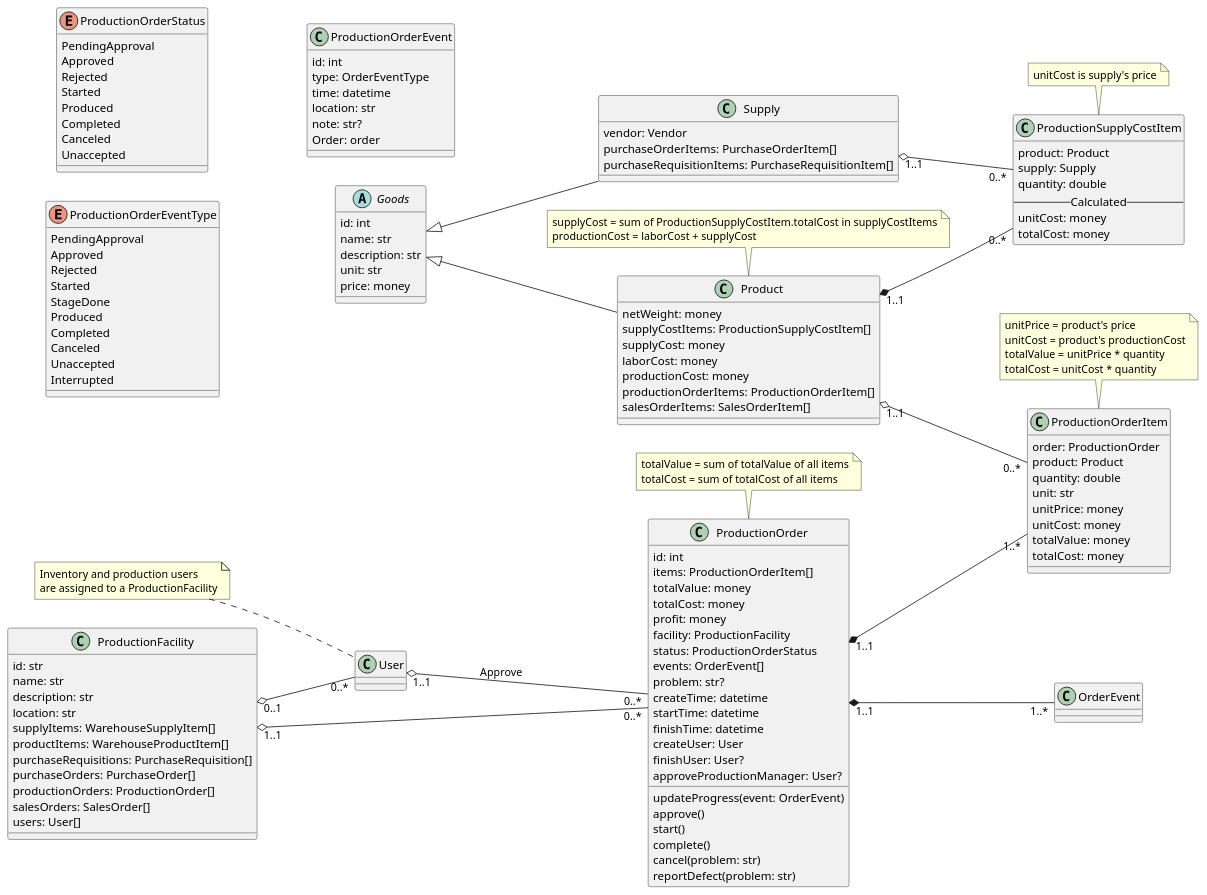
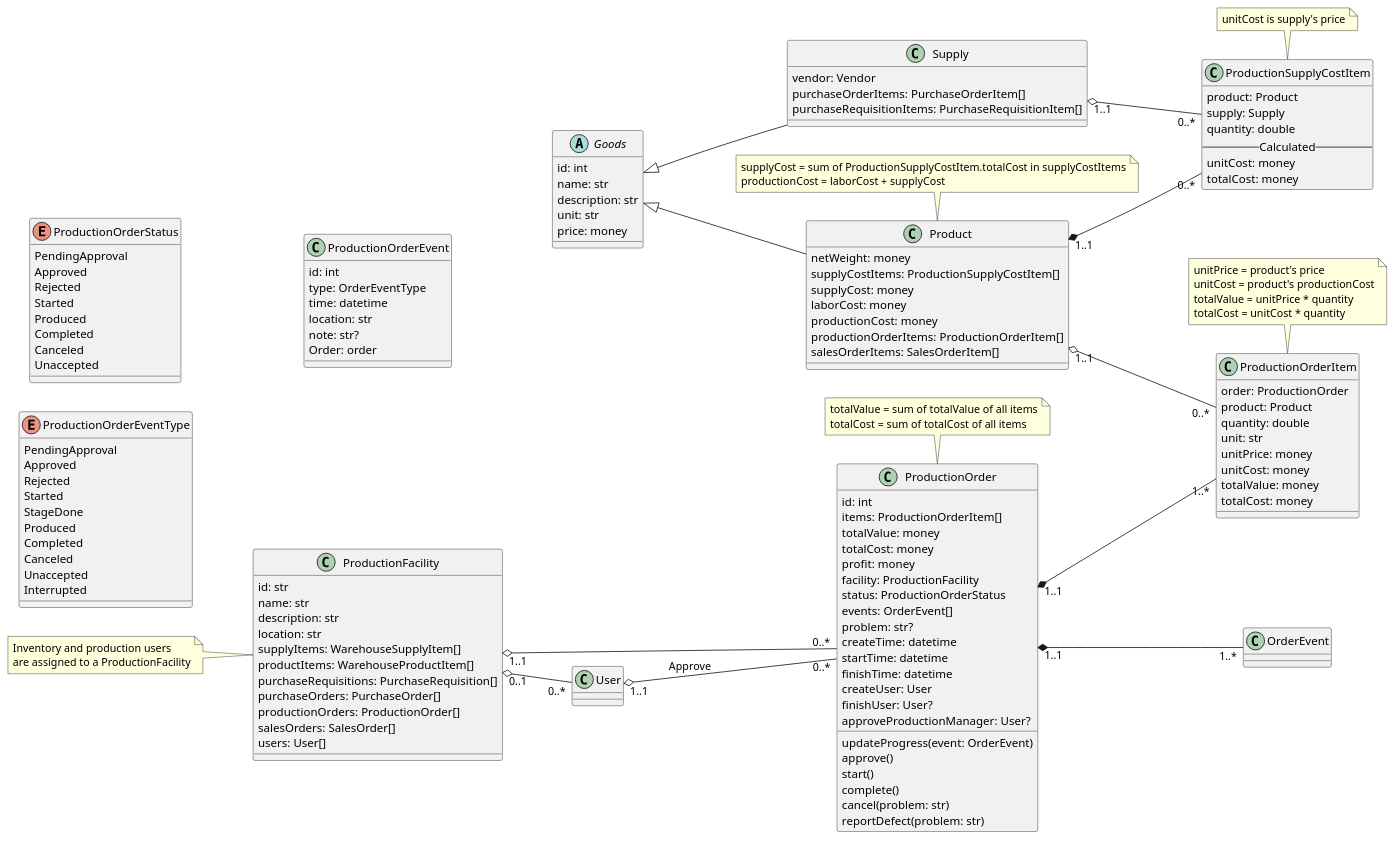
The diagram in Lab1/Lab1.2/classes/production.plantuml (phihungha/SE357-Practice-class), drawn with PlantUML before and after one commit. The commit also changed other lines of this file and 5 other files, not shown here.

```diff
--- a/Lab1/Lab1.2/classes/production.plantuml
+++ b/Lab1/Lab1.2/classes/production.plantuml
@@ -1,144 +1,144 @@
 @startuml production
 left to right direction
 
 class ProductionFacility {
     id: str
     name: str
     description: str
     location: str
     supplyItems: WarehouseSupplyItem[]
     productItems: WarehouseProductItem[]
     purchaseRequisitions: PurchaseRequisition[]
     purchaseOrders: PurchaseOrder[]
     productionOrders: ProductionOrder[]
     salesOrders: SalesOrder[]
     users: User[]
 }
+note left: Inventory and production users\nare assigned to a ProductionFacility
 ProductionFacility "0..1" o-- "0..*" User
-note left: Inventory and production users\nare assigned to a ProductionFacility
 
 abstract Goods {
     id: int
     name: str
     description: str
     unit: str
     price: money
 }
 
 class Supply {
     vendor: Vendor
     purchaseOrderItems: PurchaseOrderItem[]
     purchaseRequisitionItems: PurchaseRequisitionItem[]
 }
 Goods <|-- Supply
 
 class Product {
     netWeight: money
     supplyCostItems: ProductionSupplyCostItem[]
     supplyCost: money
     laborCost: money
     productionCost: money
     productionOrderItems: ProductionOrderItem[]
     salesOrderItems: SalesOrderItem[]
 }
-Goods <|-- Product
 note top
     supplyCost = sum of ProductionSupplyCostItem.totalCost in supplyCostItems
     productionCost = laborCost + supplyCost
 endnote
+Goods <|-- Product
 
 class ProductionSupplyCostItem {
     product: Product
     supply: Supply
     quantity: double
     --Calculated--
     unitCost: money
     totalCost: money
 }
+note top: unitCost is supply's price
 Product "1..1" *-- "0..*" ProductionSupplyCostItem
 Supply "1..1" o-- "0..*" ProductionSupplyCostItem
-note top: unitCost is supply's price
 
 enum ProductionOrderStatus {
     PendingApproval
     Approved
     Rejected
     Started
     Produced
     Completed
     Canceled
     Unaccepted
 }
 
 class ProductionOrder {
     id: int
     items: ProductionOrderItem[]
     totalValue: money
     totalCost: money
     profit: money
     facility: ProductionFacility
     status: ProductionOrderStatus
     events: OrderEvent[]
     problem: str?
     createTime: datetime
     startTime: datetime
     finishTime: datetime
     createUser: User
     finishUser: User?
     approveProductionManager: User?
     updateProgress(event: OrderEvent)
     approve()
     start()
     complete()
     cancel(problem: str)
     reportDefect(problem: str)
 }
-ProductionFacility "1..1" o-- "0..*" ProductionOrder
-User "1..1" o-- "0..*" ProductionOrder : Approve
 note top
     totalValue = sum of totalValue of all items
     totalCost = sum of totalCost of all items
 endnote
+ProductionFacility "1..1" o-- "0..*" ProductionOrder
+User "1..1" o-- "0..*" ProductionOrder : Approve
 
 class ProductionOrderItem {
     order: ProductionOrder
     product: Product
     quantity: double
     unit: str
     unitPrice: money
     unitCost: money
     totalValue: money
     totalCost: money
 }
-ProductionOrder "1..1" *-- "1..*" ProductionOrderItem
-Product "1..1" o-- "0..*" ProductionOrderItem
 note top
     unitPrice = product's price
     unitCost = product's productionCost
     totalValue = unitPrice * quantity
     totalCost = unitCost * quantity
 endnote
+ProductionOrder "1..1" *-- "1..*" ProductionOrderItem
+Product "1..1" o-- "0..*" ProductionOrderItem
 
 enum ProductionOrderEventType {
     PendingApproval
     Approved
     Rejected
     Started
     StageDone
     Produced
     Completed
     Canceled
     Unaccepted
     Interrupted
 }
 
 class ProductionOrderEvent {
     id: int
     type: OrderEventType
     time: datetime
     location: str
     note: str?
     Order: order
 }
 ProductionOrder "1..1" *-- "1..*" OrderEvent
 @enduml
```
